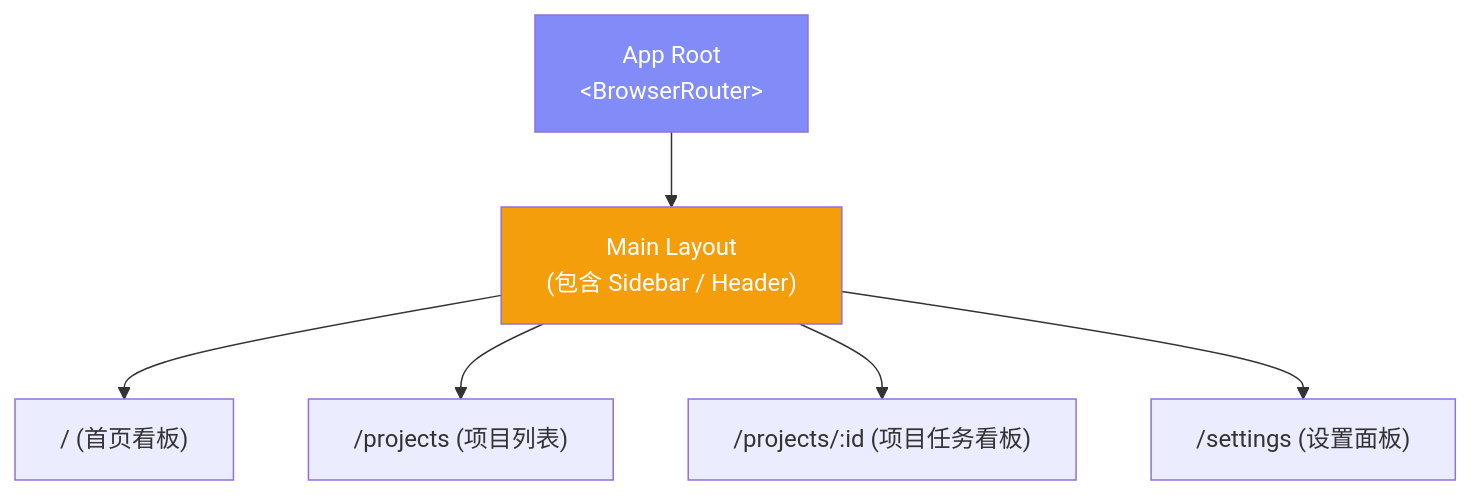
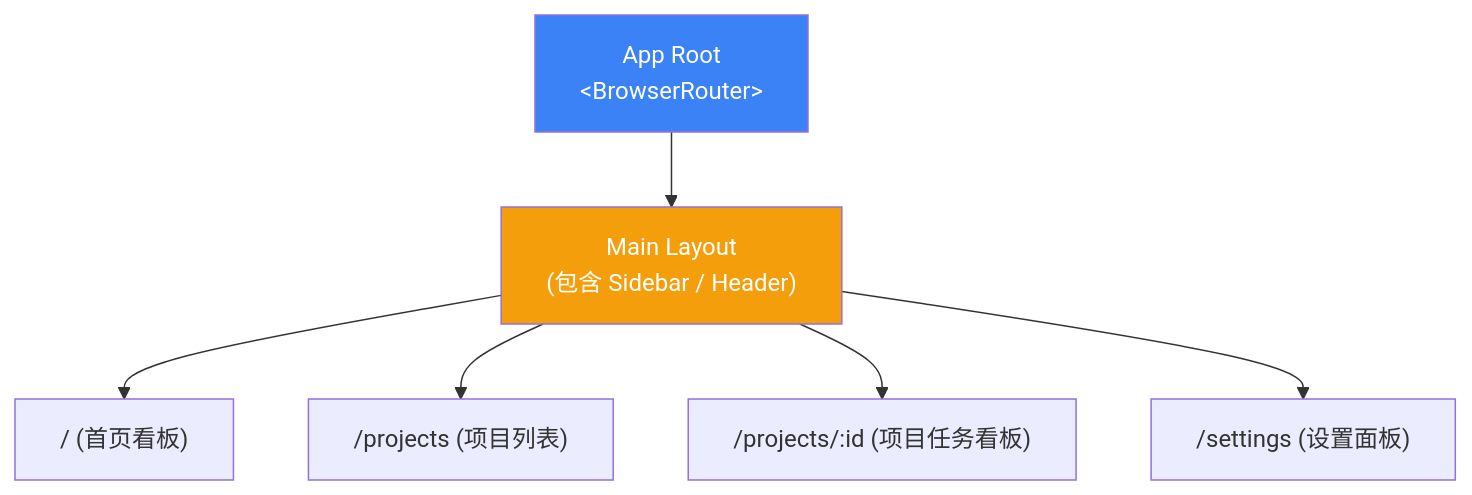
The first of 3 diagrams in docs/Lesson_07.md (boltguo/react_learn), drawn with Mermaid before and after one commit. The commit also changed other lines of this file and 31 other files, not shown here.

Commit message:
docs: 统一Mermaid术语与配色层级

````diff
--- a/docs/Lesson_07.md
+++ b/docs/Lesson_07.md
@@ -30,16 +42,16 @@
 ```mermaid
 flowchart TB
     Root["App Root<br/>&lt;BrowserRouter&gt;"]
     
     Layout["Main Layout<br/>(包含 Sidebar / Header)"]
     
     Root --> Layout
     
     Layout --> Home["/ (首页看板)"]
     Layout --> Projects["/projects (项目列表)"]
     Layout --> Board["/projects/:id (项目任务看板)"]
     Layout --> Settings["/settings (设置面板)"]
     
-    style Root fill:#818cf8,color:#fff
+    style Root fill:#3b82f6,color:#fff
     style Layout fill:#f59e0b,color:#fff
 ```
````
